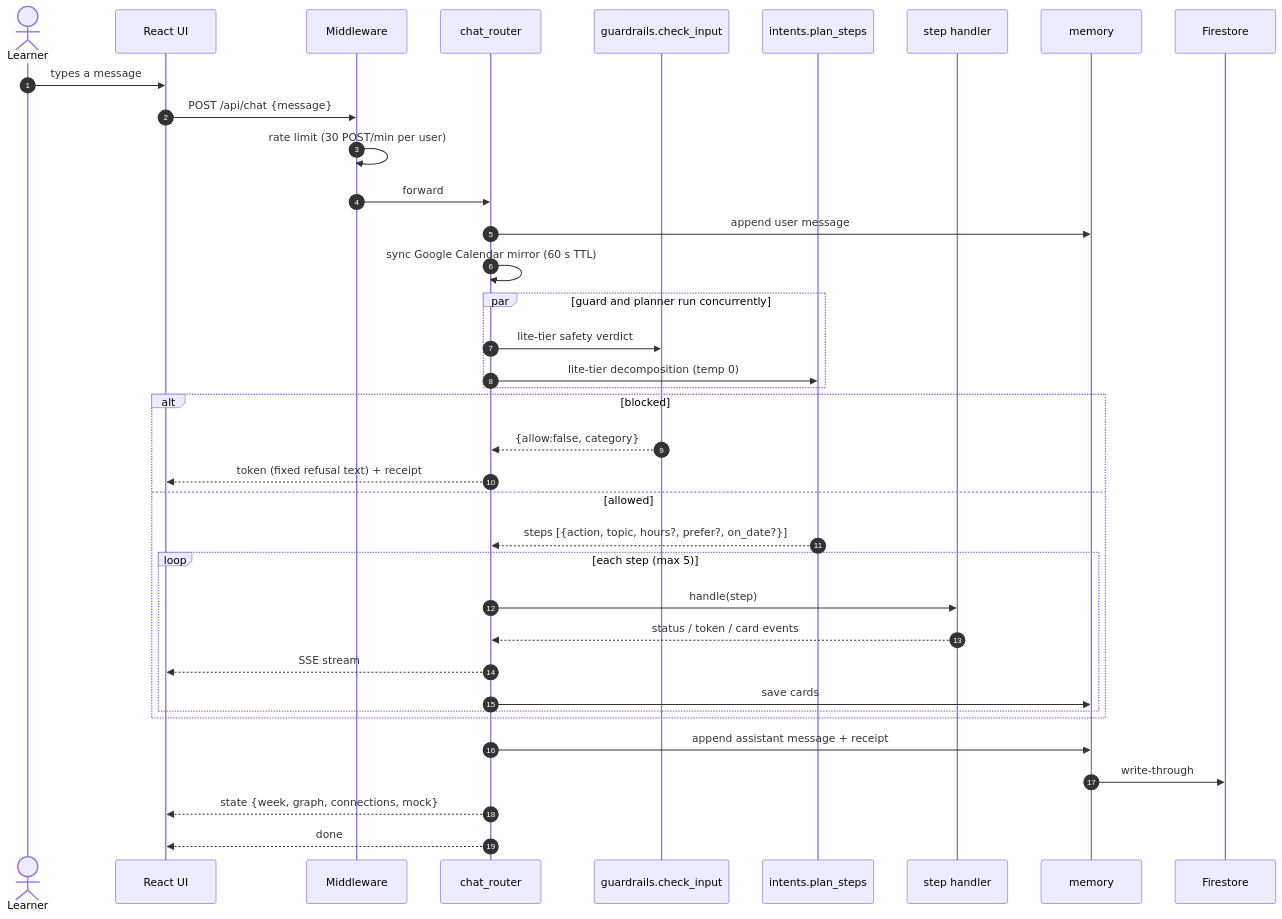
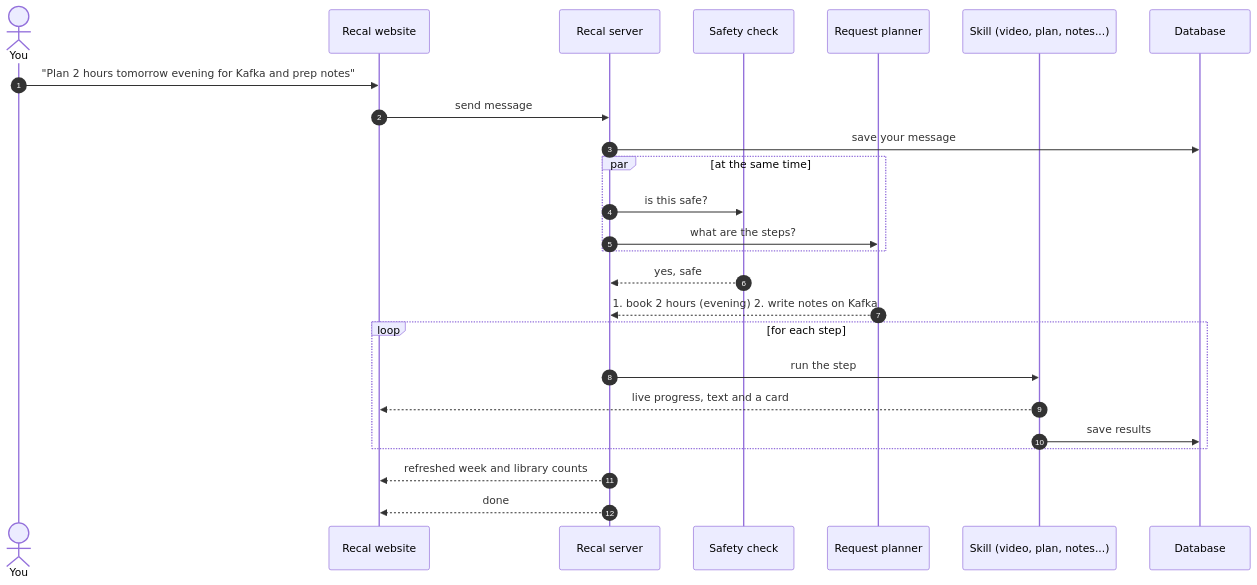
Before and after one commit to Chaitanya674/Recal-AI: the second of 19 diagrams in docs/DOCUMENTATION.md, drawn with Mermaid. The commit also changed other lines of this file, not shown here.

````diff
--- a/docs/DOCUMENTATION.md
+++ b/docs/DOCUMENTATION.md
@@ -133,40 +167,28 @@
 ```mermaid
 sequenceDiagram
     autonumber
-    actor L as Learner
-    participant UI as React UI
-    participant MW as Middleware
-    participant CR as chat_router
-    participant GR as guardrails.check_input
-    participant PL as intents.plan_steps
-    participant H as step handler
-    participant MEM as memory
-    participant FS as Firestore
+    actor You
+    participant App as Recal website
+    participant Srv as Recal server
+    participant Safe as Safety check
+    participant Plan as Request planner
+    participant Skill as Skill (video, plan, notes...)
+    participant DB as Database
 
-    L->>UI: types a message
-    UI->>MW: POST /api/chat {message}
-    MW->>MW: rate limit (30 POST/min per user)
-    MW->>CR: forward
-    CR->>MEM: append user message
-    CR->>CR: sync Google Calendar mirror (60 s TTL)
-    par guard and planner run concurrently
-        CR->>GR: lite-tier safety verdict
-        CR->>PL: lite-tier decomposition (temp 0)
+    You->>App: "Plan 2 hours tomorrow evening for Kafka and prep notes"
+    App->>Srv: send message
+    Srv->>DB: save your message
+    par at the same time
+        Srv->>Safe: is this safe?
+        Srv->>Plan: what are the steps?
     end
-    alt blocked
-        GR-->>CR: {allow:false, category}
-        CR-->>UI: token (fixed refusal text) + receipt
-    else allowed
-        PL-->>CR: steps [{action, topic, hours?, prefer?, on_date?}]
-        loop each step (max 5)
-            CR->>H: handle(step)
-            H-->>CR: status / token / card events
-            CR-->>UI: SSE stream
-            CR->>MEM: save cards
-        end
+    Safe-->>Srv: yes, safe
+    Plan-->>Srv: 1. book 2 hours (evening)  2. write notes on Kafka
+    loop for each step
+        Srv->>Skill: run the step
+        Skill-->>App: live progress, text and a card
+        Skill->>DB: save results
     end
-    CR->>MEM: append assistant message + receipt
-    MEM->>FS: write-through
-    CR-->>UI: state {week, graph, connections, mock}
-    CR-->>UI: done
+    Srv-->>App: refreshed week and library counts
+    Srv-->>App: done
 ```
````
